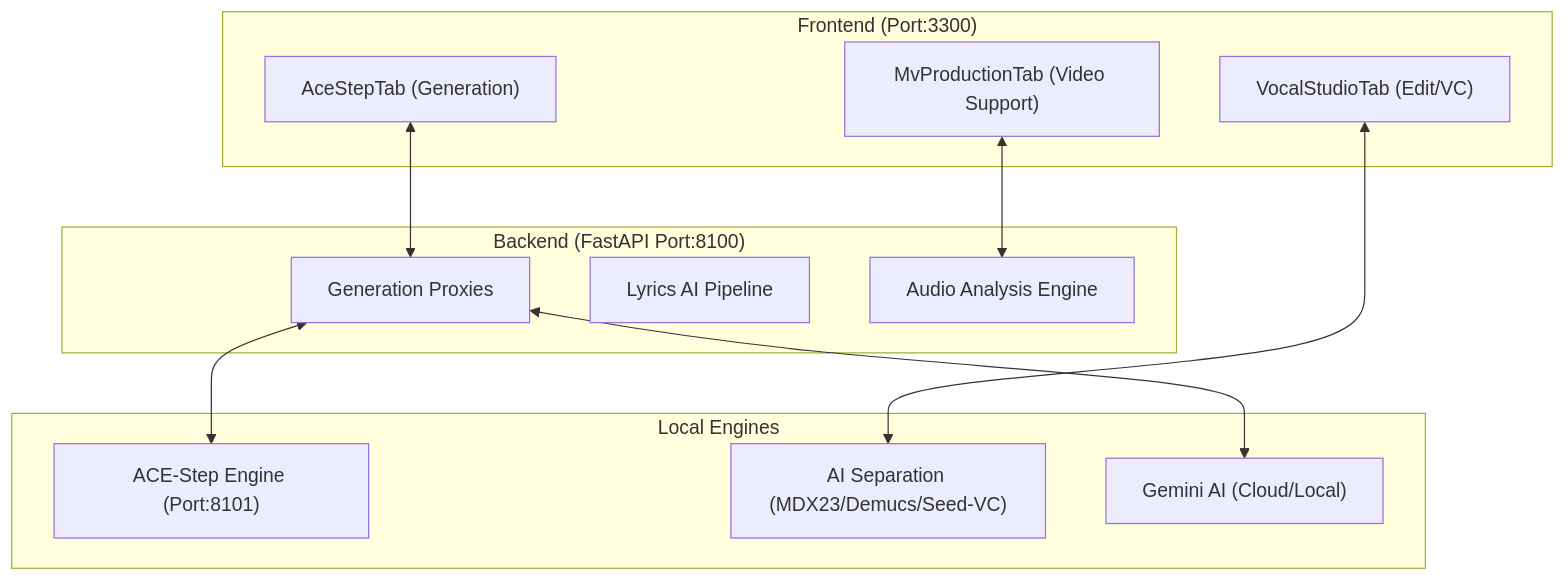
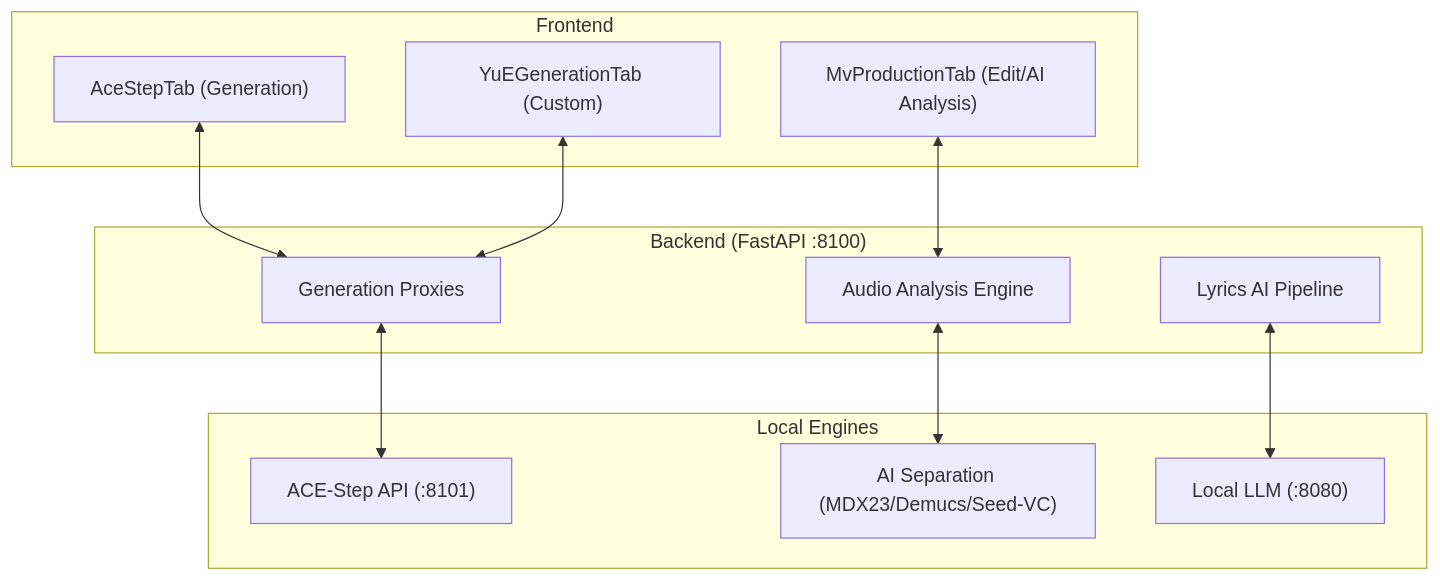
The diagram in README.md (igashira0324/suno-support), drawn with Mermaid before and after one commit. The commit also changed other lines of this file and 156 other files, not shown here.

Commit message:
Update frontend/backend to default to gemini-3.5-flash and apply local refactoring

````diff
--- a/README.md
+++ b/README.md
@@ -41,25 +63,25 @@
 ```mermaid
 graph TB
-    subgraph "Frontend (Port:3300)"
+    subgraph "Frontend"
         A["AceStepTab (Generation)"]
-        B["VocalStudioTab (Edit/VC)"]
-        C["MvProductionTab (Video Support)"]
+        B["MvProductionTab (Edit/AI Analysis)"]
+        C["YuEGenerationTab (Custom)"]
     end
 
-    subgraph "Backend (FastAPI Port:8100)"
+    subgraph "Backend (FastAPI :8100)"
         D["Generation Proxies"]
         E["Lyrics AI Pipeline"]
         F["Audio Analysis Engine"]
     end
 
     subgraph "Local Engines"
-        G["ACE-Step Engine (Port:8101)"]
+        G["ACE-Step API (:8101)"]
         H["AI Separation (MDX23/Demucs/Seed-VC)"]
-        I["Gemini AI (Cloud/Local)"]
+        I["Local LLM (:8080)"]
     end
 
     A <--> D <--> G
-    B <--> H
-    C <--> F
-    D <--> I
+    B <--> F <--> H
+    C <--> D
+    E <--> I
 ```
````
